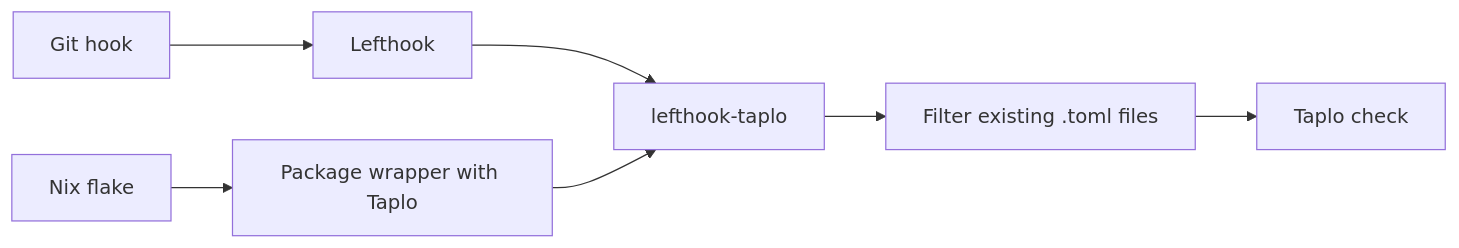
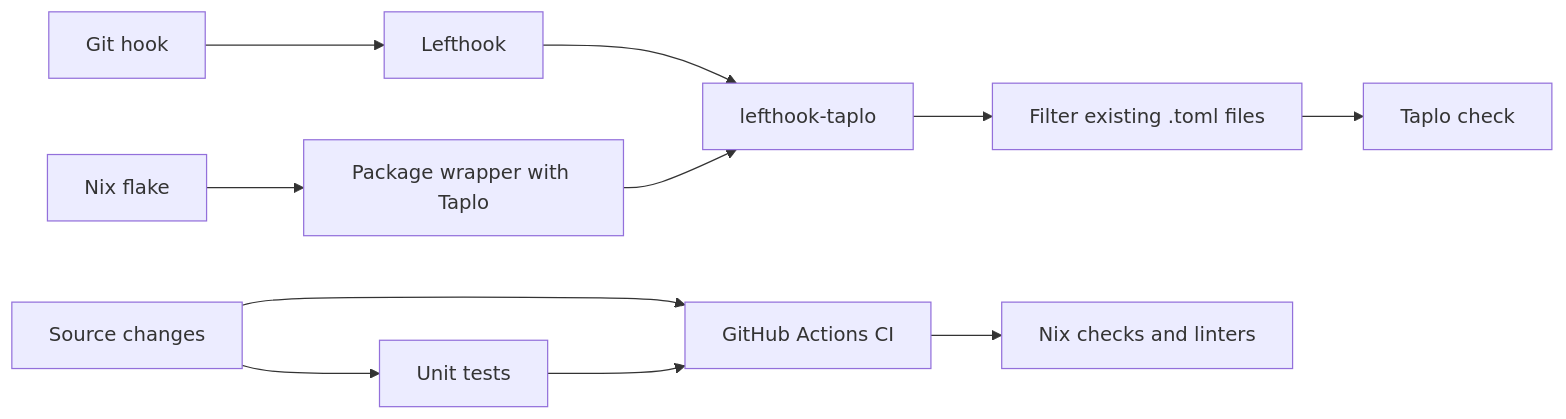
One commit to pr0d1r2/nix-lefthook-taplo changed the diagram in README.md. Above: the diagram before and after it, drawn with Mermaid. The commit also changed other lines of this file, not shown here.

Commit message:
docs: expand development architecture diagram

````diff
--- a/README.md
+++ b/README.md
@@ -19,9 +19,13 @@
 ```mermaid
 flowchart LR
     Git[Git hook] --> Lefthook[Lefthook]
     Lefthook --> Wrapper[lefthook-taplo]
     Wrapper --> Filter[Filter existing .toml files]
     Filter --> Taplo[Taplo check]
     Flake[Nix flake] --> Package[Package wrapper with Taplo]
     Package --> Wrapper
+    Source[Source changes] --> Tests[Unit tests]
+    Source --> CI[GitHub Actions CI]
+    Tests --> CI
+    CI --> Checks[Nix checks and linters]
 ```
````
